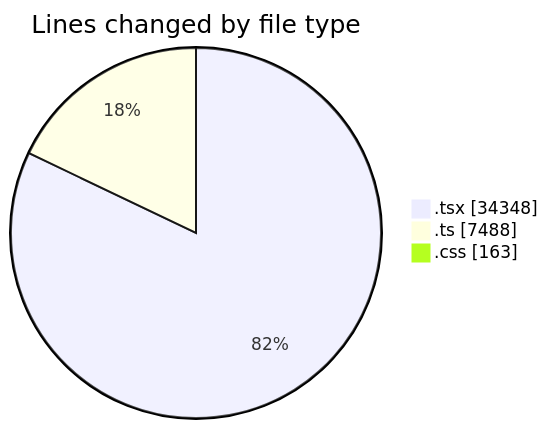
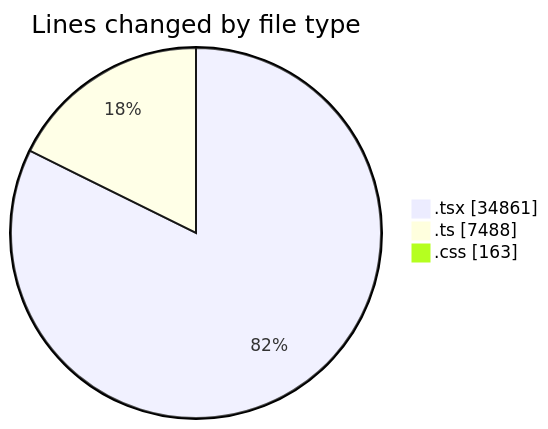
One commit to nxtqubesakshisongat/code-tracking changed the first of 2 diagrams in 2026-08-23/nxtqube_webapp/README.md. Above: the diagram before and after it, drawn with Mermaid. The commit also changed other lines of this file and 1 other file, not shown here.

````diff
--- a/2026-08-23/nxtqube_webapp/README.md
+++ b/2026-08-23/nxtqube_webapp/README.md
@@ -92,7 +93,7 @@
 ```mermaid
 pie showData
 title Lines changed by file type
-".tsx" : 34348
+".tsx" : 34861
 ".ts" : 7488
 ".css" : 163
 ```
````
